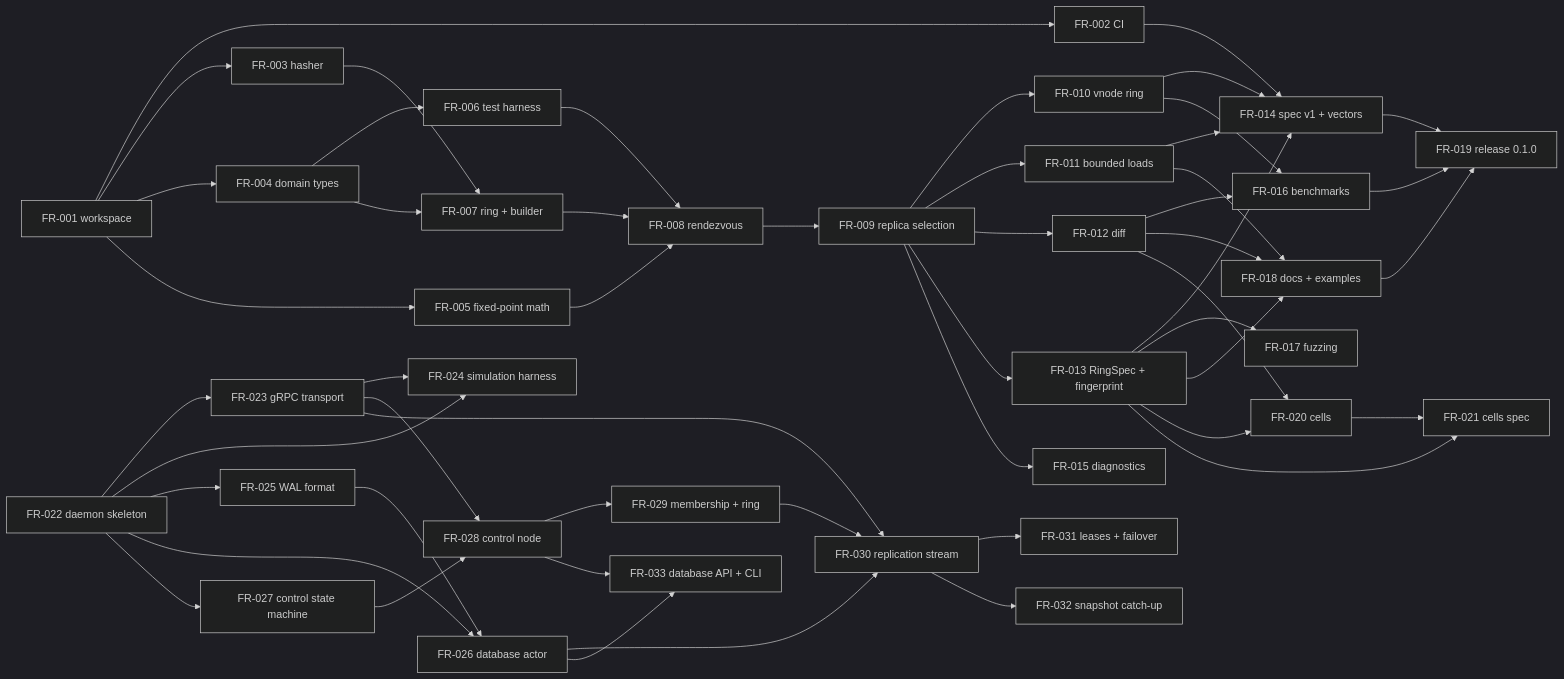
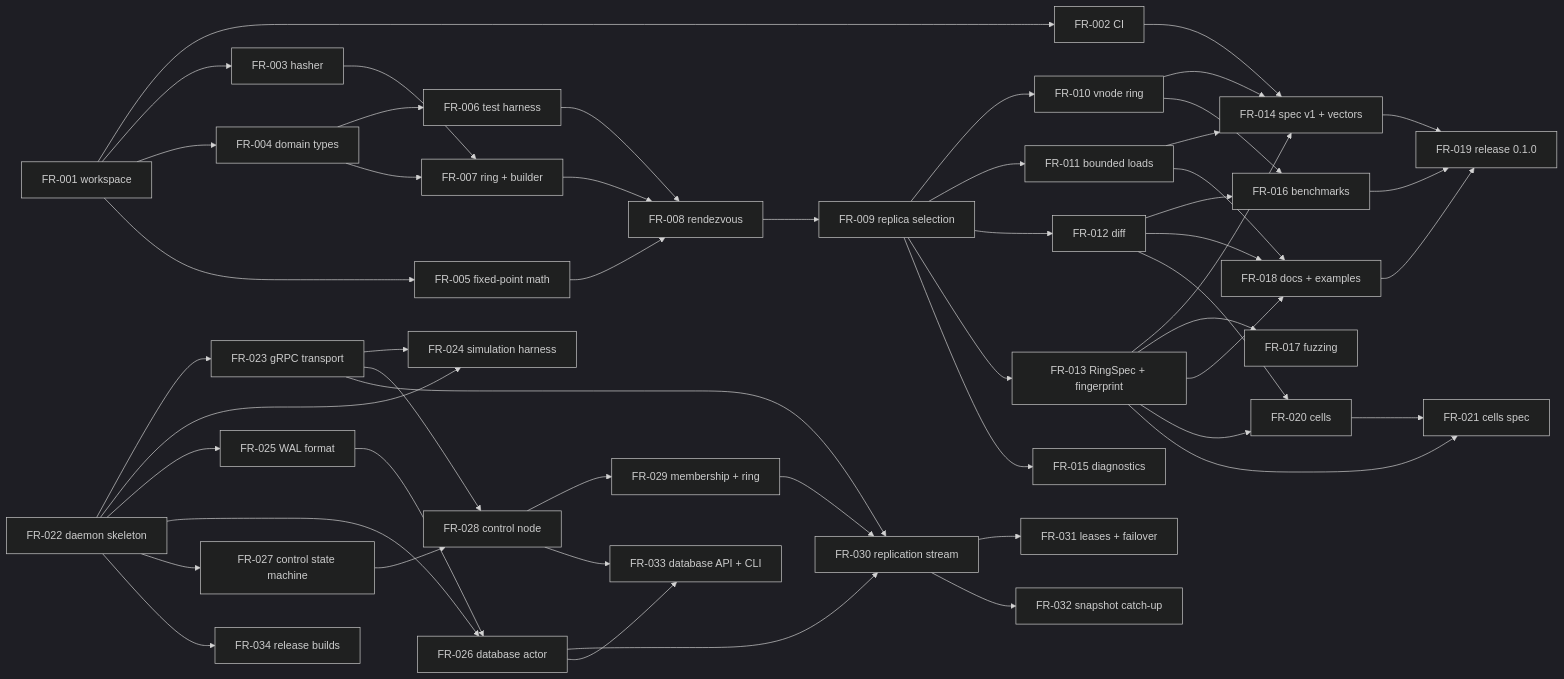
One commit to fleetring/fleetring changed the diagram in docs/tickets/README.md. Above: the diagram before and after it, drawn with Mermaid (dark theme). The commit also changed other lines of this file and 12 other files, not shown here.

First line of the commit message:
ci(release): add release builds, ARM64 CI, and container images

````diff
--- a/docs/tickets/README.md
+++ b/docs/tickets/README.md
@@ -80,53 +81,54 @@
 ```mermaid
 flowchart LR
   FR001[FR-001 workspace] --> FR002[FR-002 CI]
   FR001 --> FR003[FR-003 hasher]
   FR001 --> FR004[FR-004 domain types]
   FR001 --> FR005[FR-005 fixed-point math]
   FR004 --> FR006[FR-006 test harness]
   FR003 --> FR007[FR-007 ring + builder]
   FR004 --> FR007
   FR005 --> FR008[FR-008 rendezvous]
   FR006 --> FR008
   FR007 --> FR008
   FR008 --> FR009[FR-009 replica selection]
   FR009 --> FR010[FR-010 vnode ring]
   FR009 --> FR011[FR-011 bounded loads]
   FR009 --> FR012[FR-012 diff]
   FR009 --> FR013[FR-013 RingSpec + fingerprint]
   FR009 --> FR015[FR-015 diagnostics]
   FR002 --> FR014[FR-014 spec v1 + vectors]
   FR010 --> FR014
   FR011 --> FR014
   FR013 --> FR014
   FR010 --> FR016[FR-016 benchmarks]
   FR012 --> FR016
   FR013 --> FR017[FR-017 fuzzing]
   FR011 --> FR018[FR-018 docs + examples]
   FR012 --> FR018
   FR013 --> FR018
   FR014 --> FR019[FR-019 release 0.1.0]
   FR016 --> FR019
   FR018 --> FR019
   FR012 --> FR020[FR-020 cells]
   FR013 --> FR020
   FR013 --> FR021[FR-021 cells spec]
   FR020 --> FR021
   FR022[FR-022 daemon skeleton] --> FR023[FR-023 gRPC transport]
   FR022 --> FR024[FR-024 simulation harness]
   FR023 --> FR024
   FR022 --> FR025[FR-025 WAL format]
   FR022 --> FR026[FR-026 database actor]
   FR025 --> FR026
   FR022 --> FR027[FR-027 control state machine]
   FR023 --> FR028[FR-028 control node]
   FR027 --> FR028
   FR028 --> FR029[FR-029 membership + ring]
   FR023 --> FR030[FR-030 replication stream]
   FR026 --> FR030
   FR029 --> FR030
   FR030 --> FR031[FR-031 leases + failover]
   FR030 --> FR032[FR-032 snapshot catch-up]
   FR026 --> FR033[FR-033 database API + CLI]
   FR028 --> FR033
+  FR022 --> FR034[FR-034 release builds]
 ```
````
